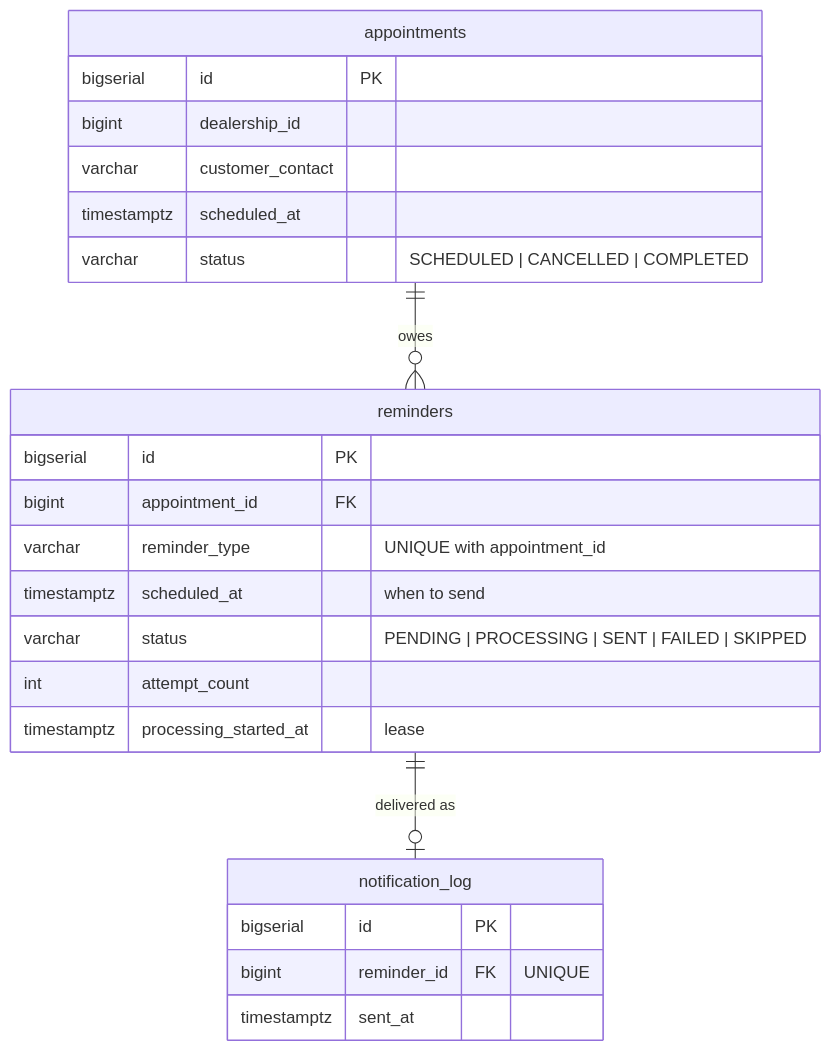
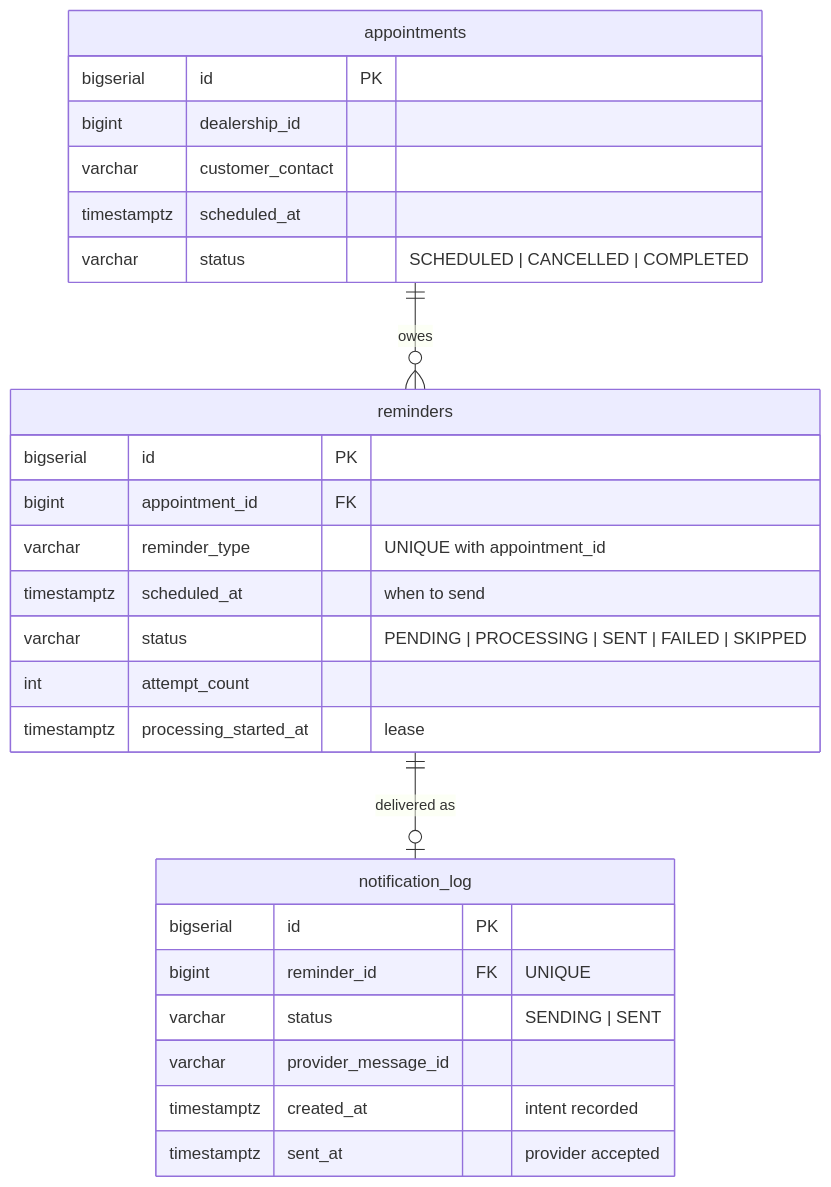
The second of 4 diagrams in docs/architecture.md (manaskumar3003/appointment-reminder-service), drawn with Mermaid before and after one commit. The commit also changed other lines of this file and 16 other files, not shown here.

First line of the commit message:
Record send intent before calling the provider, and reconcile unconfirmed sends

````diff
--- a/docs/architecture.md
+++ b/docs/architecture.md
@@ -30,27 +30,30 @@
 ```mermaid
 erDiagram
     appointments ||--o{ reminders : "owes"
     reminders ||--o| notification_log : "delivered as"
 
     appointments {
         bigserial id PK
         bigint dealership_id
         varchar customer_contact
         timestamptz scheduled_at
         varchar status "SCHEDULED | CANCELLED | COMPLETED"
     }
     reminders {
         bigserial id PK
         bigint appointment_id FK
         varchar reminder_type "UNIQUE with appointment_id"
         timestamptz scheduled_at "when to send"
         varchar status "PENDING | PROCESSING | SENT | FAILED | SKIPPED"
         int attempt_count
         timestamptz processing_started_at "lease"
     }
     notification_log {
         bigserial id PK
         bigint reminder_id FK "UNIQUE"
-        timestamptz sent_at
+        varchar status "SENDING | SENT"
+        varchar provider_message_id
+        timestamptz created_at "intent recorded"
+        timestamptz sent_at "provider accepted"
     }
 ```
````
